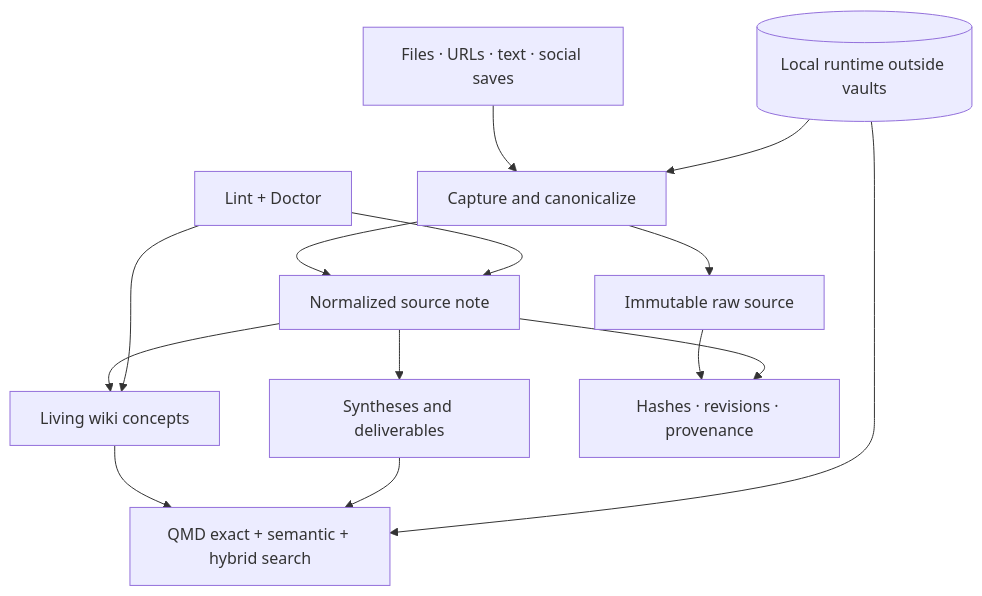
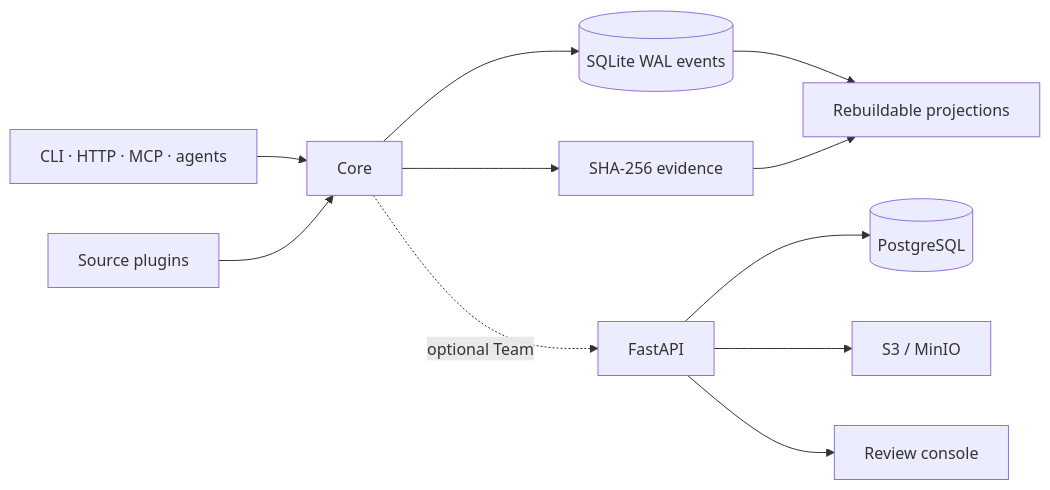
Before and after one commit to ncleton-petitmaker/wiki-memory: the diagram in docs/ARCHITECTURE.md, drawn with Mermaid. The commit also changed other lines of this file and 133 other files, not shown here.

````diff
--- a/docs/ARCHITECTURE.md
+++ b/docs/ARCHITECTURE.md
@@ -7,16 +7,13 @@
 ```mermaid
-flowchart TB
-    Input[Files · URLs · text · social saves] --> Capture[Capture and canonicalize]
-    Capture --> Raw[Immutable raw source]
-    Capture --> Source[Normalized source note]
-    Source --> Wiki[Living wiki concepts]
-    Source --> Output[Syntheses and deliverables]
-    Wiki --> Query[QMD exact + semantic + hybrid search]
-    Output --> Query
-    Raw --> Audit[Hashes · revisions · provenance]
-    Source --> Audit
-    Doctor[Lint + Doctor] --> Source
-    Doctor --> Wiki
-    Runtime[(Local runtime outside vaults)] --> Query
-    Runtime --> Capture
+flowchart LR
+  A[CLI · HTTP · MCP · agents] --> C[Core]
+  S[Source plugins] --> C
+  C --> E[(SQLite WAL events)]
+  C --> B[SHA-256 evidence]
+  E --> P[Rebuildable projections]
+  B --> P
+  C -. optional Team .-> T[FastAPI]
+  T --> PG[(PostgreSQL)]
+  T --> O[S3 / MinIO]
+  T --> R[Review console]
 ```
````
